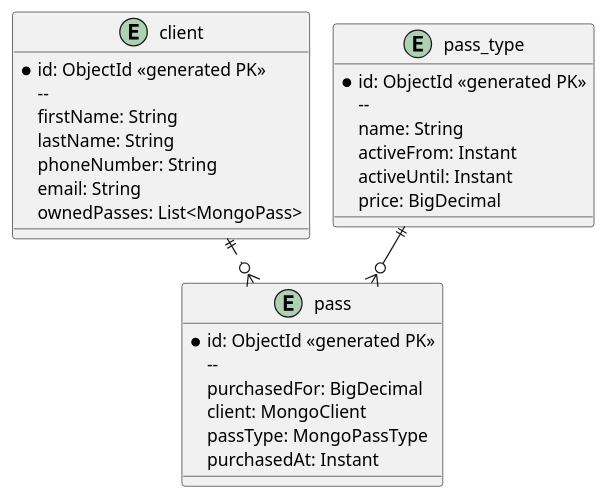
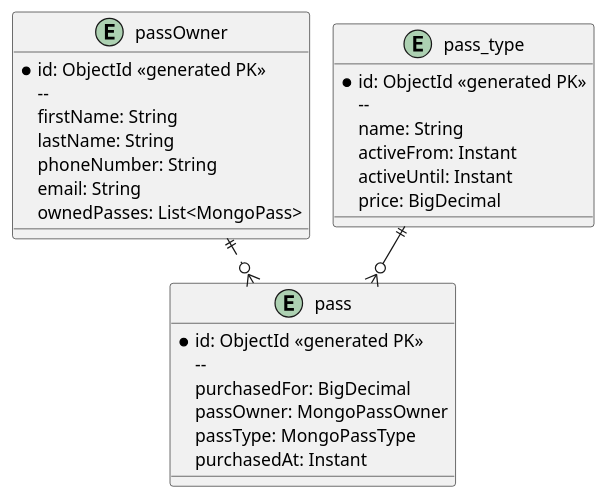
One commit to ajax-butriy-v/PassManagingApplication changed the diagram in src/main/resources/static/database.puml. Above: the diagram before and after it, drawn with PlantUML. The commit also changed 2 other files, not shown here.

```diff
--- a/src/main/resources/static/database.puml
+++ b/src/main/resources/static/database.puml
@@ -1,36 +1,36 @@
 @startuml as database
 skinparam linetype ortho
 !pragma layout smetana
 
 entity "pass" as passes {
    *id: ObjectId <<generated PK>>
     --
     purchasedFor: BigDecimal
-    client: MongoClient
+    passOwner: MongoPassOwner
     passType: MongoPassType
     purchasedAt: Instant
 }
 
-entity "client" as clients {
+entity "passOwner" as passOwners {
    *id: ObjectId <<generated PK>>
     --
     firstName: String
     lastName: String
     phoneNumber: String
     email: String
     ownedPasses: List<MongoPass>
 }
 
 entity "pass_type" as types {
    *id: ObjectId <<generated PK>>
     --
     name: String
     activeFrom: Instant
     activeUntil: Instant
     price: BigDecimal
 }
 
 
-clients ||..o{ passes
+passOwners ||..o{ passes
 types ||--o{ passes
 @enduml
```
